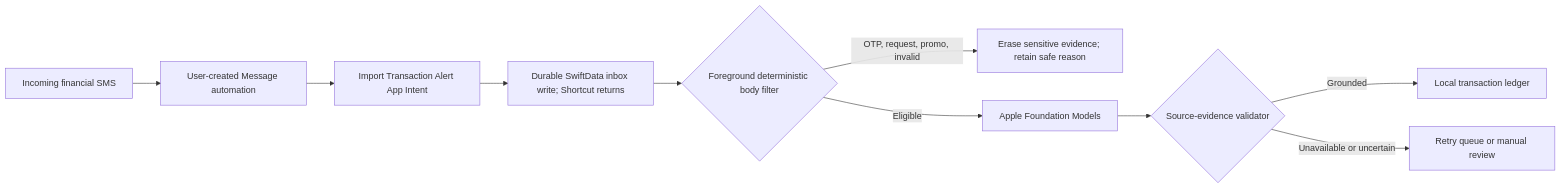
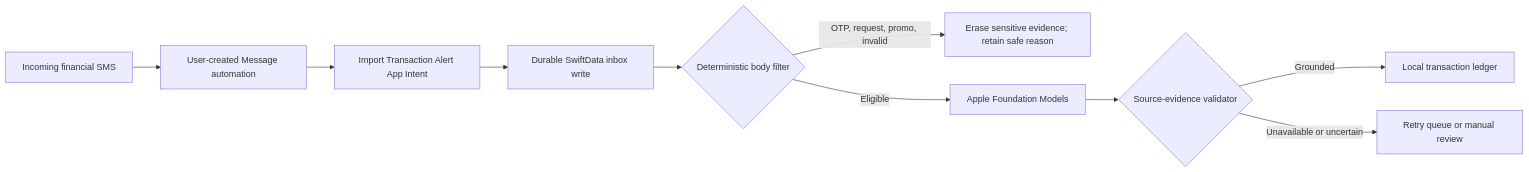
One commit to ManishAradwad/pocket-financer-ios changed the diagram in README.md. Above: the diagram before and after it, drawn with Mermaid. The commit also changed other lines of this file and 22 other files, not shown here.

````diff
--- a/README.md
+++ b/README.md
@@ -35,12 +35,12 @@
 ```mermaid
 flowchart LR
     A["Incoming financial SMS"] --> B["User-created Message automation"]
     B --> C["Import Transaction Alert App Intent"]
-    C --> D["Durable SwiftData inbox write; Shortcut returns"]
-    D --> E{"Foreground deterministic body filter"}
+    C --> D["Durable SwiftData inbox write"]
+    D --> E{"Deterministic body filter"}
     E -->|"OTP, request, promo, invalid"| F["Erase sensitive evidence; retain safe reason"]
     E -->|"Eligible"| G["Apple Foundation Models"]
     G --> H{"Source-evidence validator"}
     H -->|"Grounded"| I["Local transaction ledger"]
     H -->|"Unavailable or uncertain"| J["Retry queue or manual review"]
 ```
````
